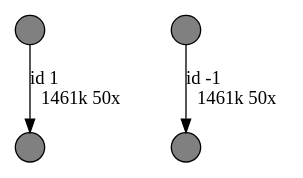
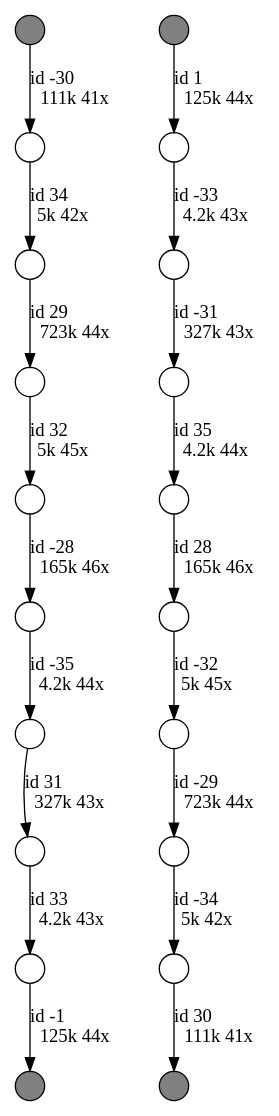
The diagram in data/flye_output/pylori_out/20-repeat/graph_after_rr.gv (harisankarsadasivan/LORA), drawn with Graphviz before and after one commit. The commit also changed 60 other files, not shown here.

Commit message:
add more sequences

```diff
--- a/data/flye_output/pylori_out/20-repeat/graph_after_rr.gv
+++ b/data/flye_output/pylori_out/20-repeat/graph_after_rr.gv
@@ -1,10 +1,26 @@
 digraph {
 nodesep = 0.5;
 node [shape = circle, label = "", height = 0.3];
 "0" [style = "filled", fillcolor = "grey"];
 "1" [style = "filled", fillcolor = "grey"];
 "2" [style = "filled", fillcolor = "grey"];
 "3" [style = "filled", fillcolor = "grey"];
-"3" -> "2" [label = "id -1\l1461k 50x", color = "black"] ;
-"1" -> "0" [label = "id 1\l1461k 50x", color = "black"] ;
+"5" -> "4" [label = "id -35\l4.2k 44x", color = "black"] ;
+"7" -> "6" [label = "id 35\l4.2k 44x", color = "black"] ;
+"9" -> "8" [label = "id -34\l5k 42x", color = "black"] ;
+"11" -> "10" [label = "id 34\l5k 42x", color = "black"] ;
+"13" -> "12" [label = "id -33\l4.2k 43x", color = "black"] ;
+"15" -> "14" [label = "id 33\l4.2k 43x", color = "black"] ;
+"17" -> "16" [label = "id -32\l5k 45x", color = "black"] ;
+"19" -> "18" [label = "id 32\l5k 45x", color = "black"] ;
+"12" -> "7" [label = "id -31\l327k 43x", color = "black"] ;
+"4" -> "15" [label = "id 31\l327k 43x", color = "black"] ;
+"8" -> "2" [label = "id 30\l111k 41x", color = "black"] ;
+"16" -> "9" [label = "id -29\l723k 44x", color = "black"] ;
+"10" -> "19" [label = "id 29\l723k 44x", color = "black"] ;
+"6" -> "17" [label = "id 28\l165k 46x", color = "black"] ;
+"14" -> "0" [label = "id -1\l125k 44x", color = "black"] ;
+"3" -> "13" [label = "id 1\l125k 44x", color = "black"] ;
+"18" -> "5" [label = "id -28\l165k 46x", color = "black"] ;
+"1" -> "11" [label = "id -30\l111k 41x", color = "black"] ;
 }
```
